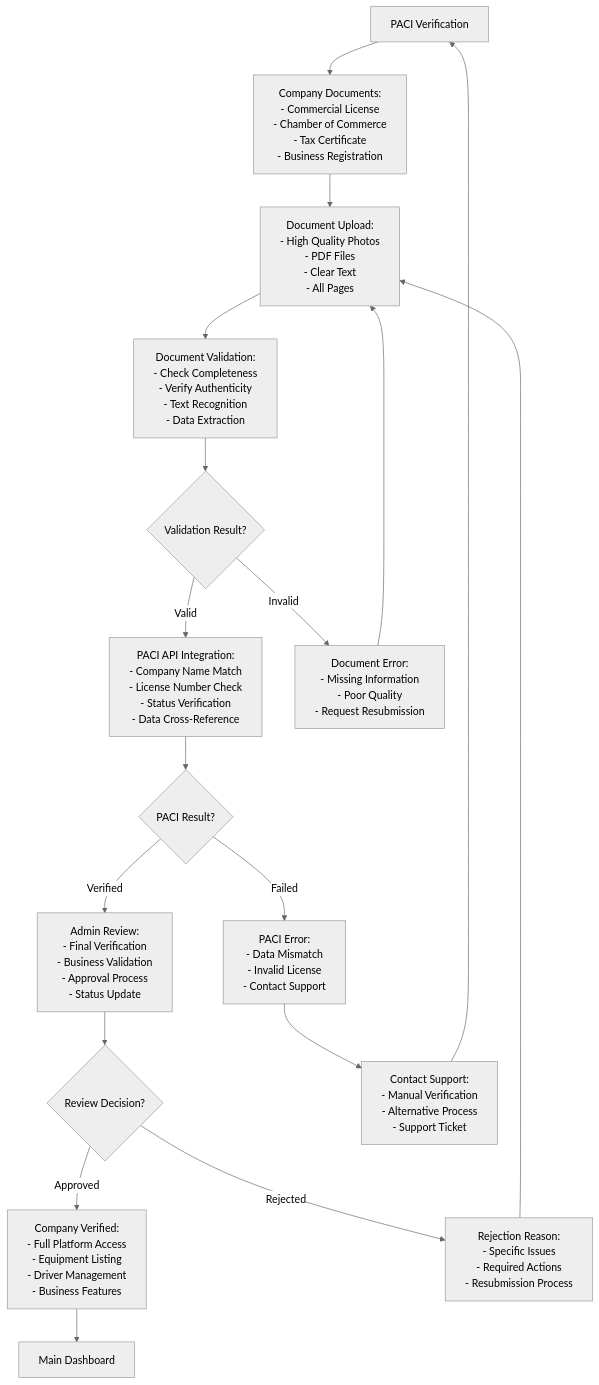
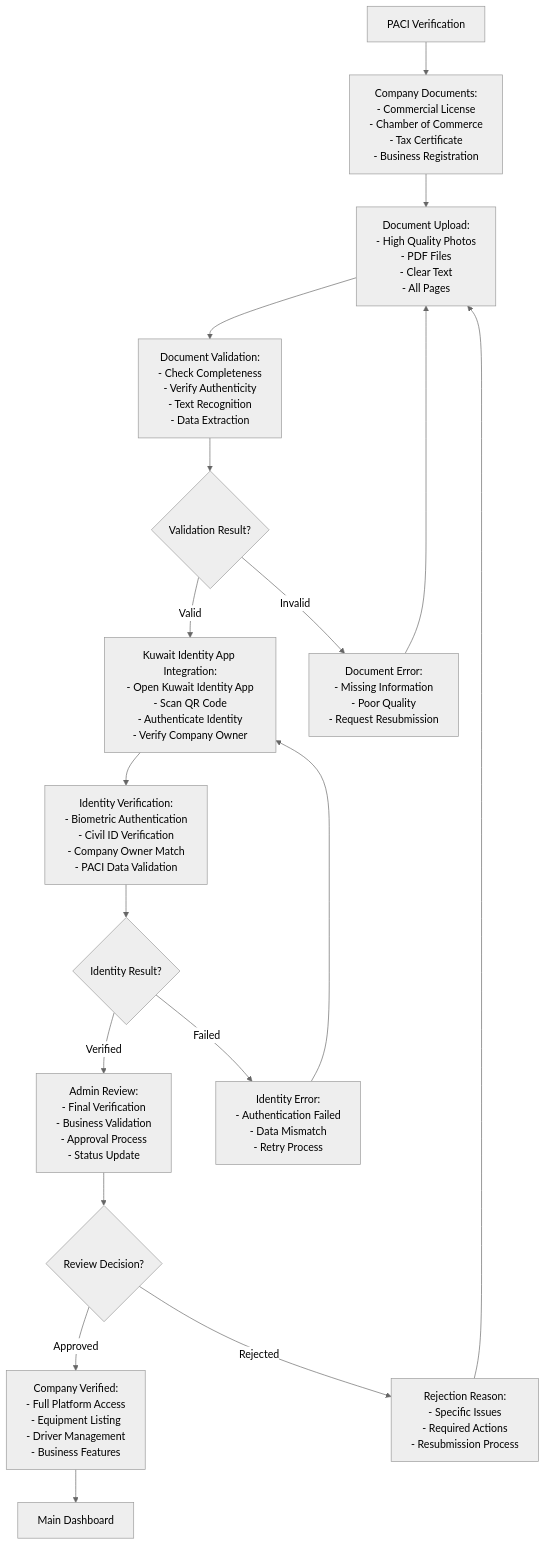
The fifth of 25 diagrams in 04_User_Experience_Flows.md (engaotb/YARDR), drawn with Mermaid (neutral theme) before and after one commit. The commit also changed other lines of this file, not shown here.

First line of the commit message:
Fix authentication flows according to requirements

````diff
--- a/04_User_Experience_Flows.md
+++ b/04_User_Experience_Flows.md
@@ -189,26 +171,27 @@
 ```mermaid
 flowchart TD
     PACIVerification[PACI Verification] --> CompanyDocuments[Company Documents:<br/>- Commercial License<br/>- Chamber of Commerce<br/>- Tax Certificate<br/>- Business Registration]
     
     CompanyDocuments --> DocumentUpload[Document Upload:<br/>- High Quality Photos<br/>- PDF Files<br/>- Clear Text<br/>- All Pages]
     
     DocumentUpload --> DocumentValidation[Document Validation:<br/>- Check Completeness<br/>- Verify Authenticity<br/>- Text Recognition<br/>- Data Extraction]
     
     DocumentValidation --> ValidationResult{Validation Result?}
-    ValidationResult -->|Valid| PACIAPI[PACI API Integration:<br/>- Company Name Match<br/>- License Number Check<br/>- Status Verification<br/>- Data Cross-Reference]
+    ValidationResult -->|Valid| KuwaitIdentityApp[Kuwait Identity App Integration:<br/>- Open Kuwait Identity App<br/>- Scan QR Code<br/>- Authenticate Identity<br/>- Verify Company Owner]
     ValidationResult -->|Invalid| DocumentError[Document Error:<br/>- Missing Information<br/>- Poor Quality<br/>- Request Resubmission]
     
-    PACIAPI --> PACIResult{PACI Result?}
-    PACIResult -->|Verified| AdminReview[Admin Review:<br/>- Final Verification<br/>- Business Validation<br/>- Approval Process<br/>- Status Update]
-    PACIResult -->|Failed| PACIError[PACI Error:<br/>- Data Mismatch<br/>- Invalid License<br/>- Contact Support]
+    KuwaitIdentityApp --> IdentityVerification[Identity Verification:<br/>- Biometric Authentication<br/>- Civil ID Verification<br/>- Company Owner Match<br/>- PACI Data Validation]
+    
+    IdentityVerification --> IdentityResult{Identity Result?}
+    IdentityResult -->|Verified| AdminReview[Admin Review:<br/>- Final Verification<br/>- Business Validation<br/>- Approval Process<br/>- Status Update]
+    IdentityResult -->|Failed| IdentityError[Identity Error:<br/>- Authentication Failed<br/>- Data Mismatch<br/>- Retry Process]
     
     AdminReview --> ReviewDecision{Review Decision?}
     ReviewDecision -->|Approved| CompanyVerified[Company Verified:<br/>- Full Platform Access<br/>- Equipment Listing<br/>- Driver Management<br/>- Business Features]
     ReviewDecision -->|Rejected| RejectionReason[Rejection Reason:<br/>- Specific Issues<br/>- Required Actions<br/>- Resubmission Process]
     
     CompanyVerified --> Dashboard[Main Dashboard]
     DocumentError --> DocumentUpload
-    PACIError --> ContactSupport[Contact Support:<br/>- Manual Verification<br/>- Alternative Process<br/>- Support Ticket]
+    IdentityError --> KuwaitIdentityApp
     RejectionReason --> DocumentUpload
-    ContactSupport --> PACIVerification
 ```
````
